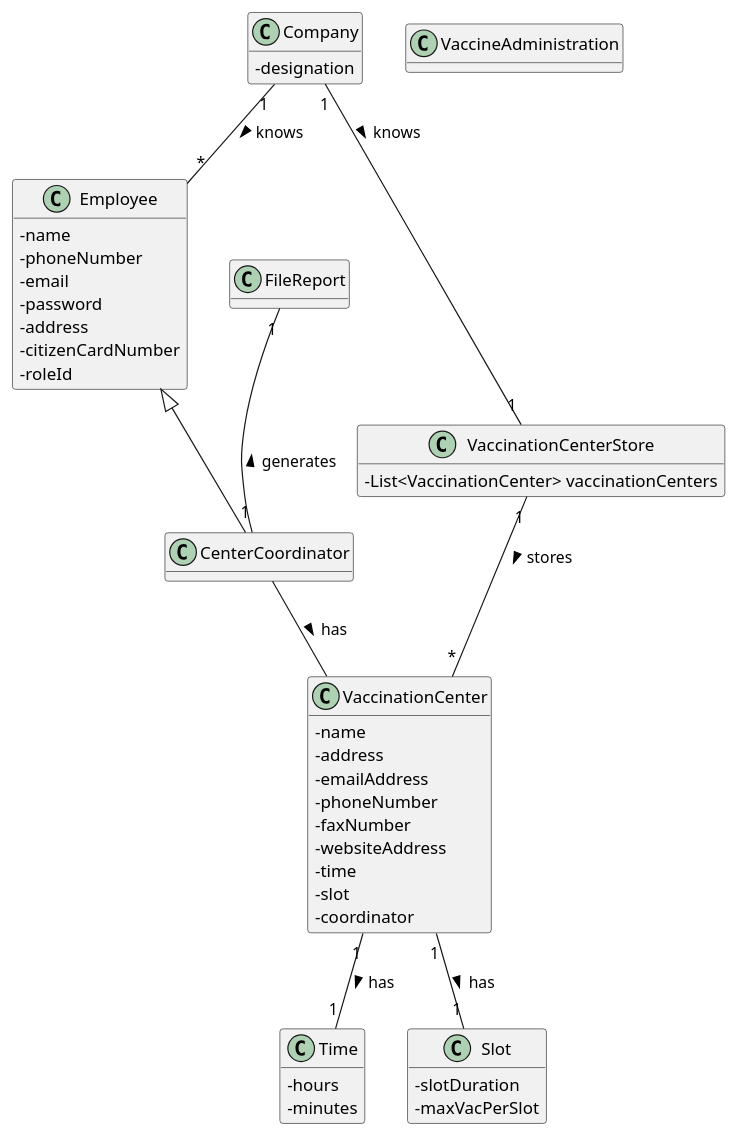
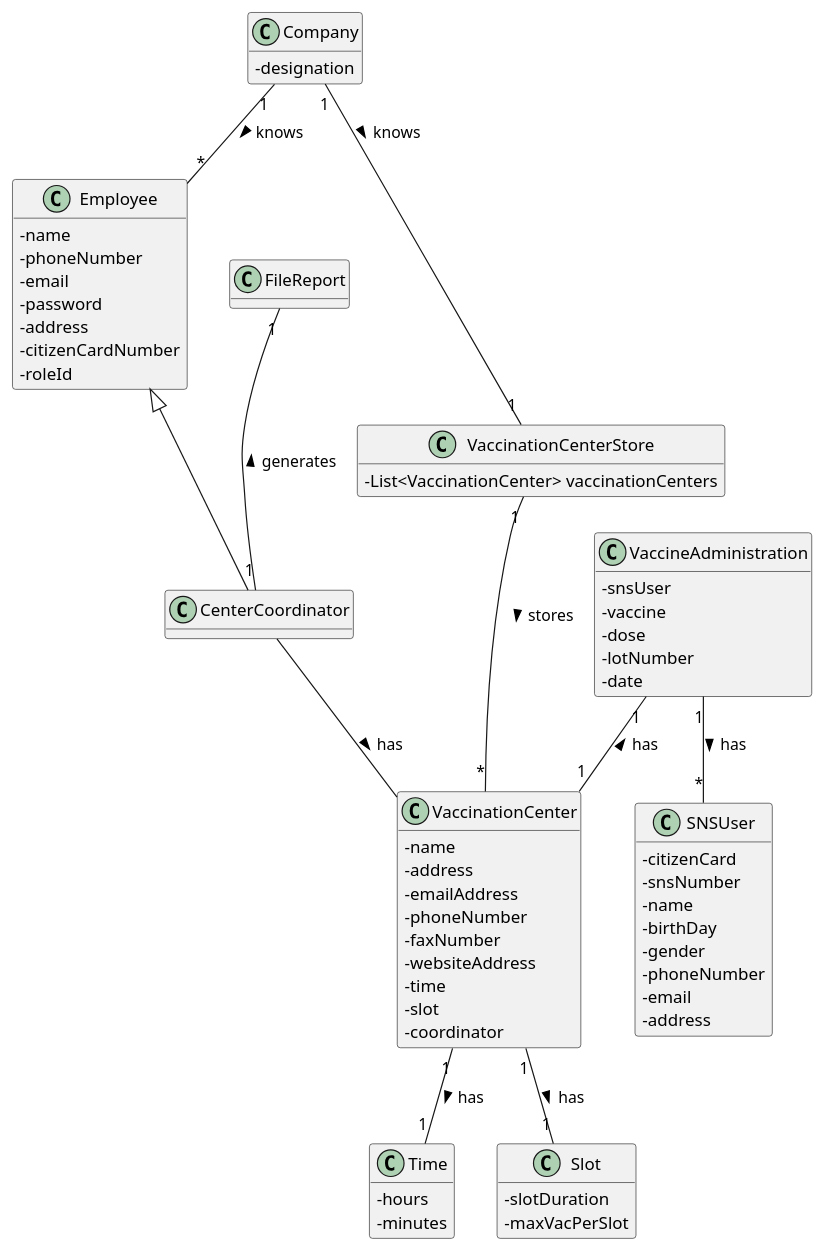
One commit to miseEnPlace-i/lapr2 changed the diagram in docs/SprintD/US15/DM/US15_DM.puml. Above: the diagram before and after it, drawn with PlantUML. The commit also changed 3 other files, not shown here.

```diff
--- a/docs/SprintD/US15/DM/US15_DM.puml
+++ b/docs/SprintD/US15/DM/US15_DM.puml
@@ -1,61 +1,79 @@
 @startuml US15_DM
 hide methods
 skinparam classAttributeIconSize 0
 
 class Company {
   -designation
 }
 
 class CenterCoordinator {}
 
 class Employee {
   -name
   -phoneNumber
   -email
   -password
   -address
   -citizenCardNumber
   -roleId
 }
 
 class VaccinationCenter{
   -name
   -address
   -emailAddress
   -phoneNumber
   -faxNumber
   -websiteAddress
   -time
   -slot
   -coordinator
 }
 
 class VaccinationCenterStore {
   -List<VaccinationCenter> vaccinationCenters
 }
 
 class Time {
   -hours
   -minutes
 }
 
 class Slot {
   -slotDuration
   -maxVacPerSlot
 }
 
-class VaccineAdministration {}
+class VaccineAdministration {
+  -snsUser
+  -vaccine
+  -dose
+  -lotNumber
+  -date
+}
+
+class SNSUser {
+  - citizenCard
+  - snsNumber
+  - name
+  - birthDay
+  - gender
+  - phoneNumber
+  - email
+  - address
+}
 
 class FileReport {}
 
 Company "1" -- "*" Employee : knows >
 Employee <|-- CenterCoordinator
 CenterCoordinator -- VaccinationCenter : has >
 VaccinationCenter "1" -- "1" Time : has >
 VaccinationCenter "1"-- "1" Slot : has >
 VaccinationCenterStore "1" -- "*" VaccinationCenter : stores >
 Company "1" -- "1" VaccinationCenterStore : knows >
 FileReport "1" -- "1" CenterCoordinator : generates <
-
+VaccineAdministration "1" -- "1" VaccinationCenter : has <
+VaccineAdministration "1" -- "*" SNSUser : has >
 
 @enduml
```
